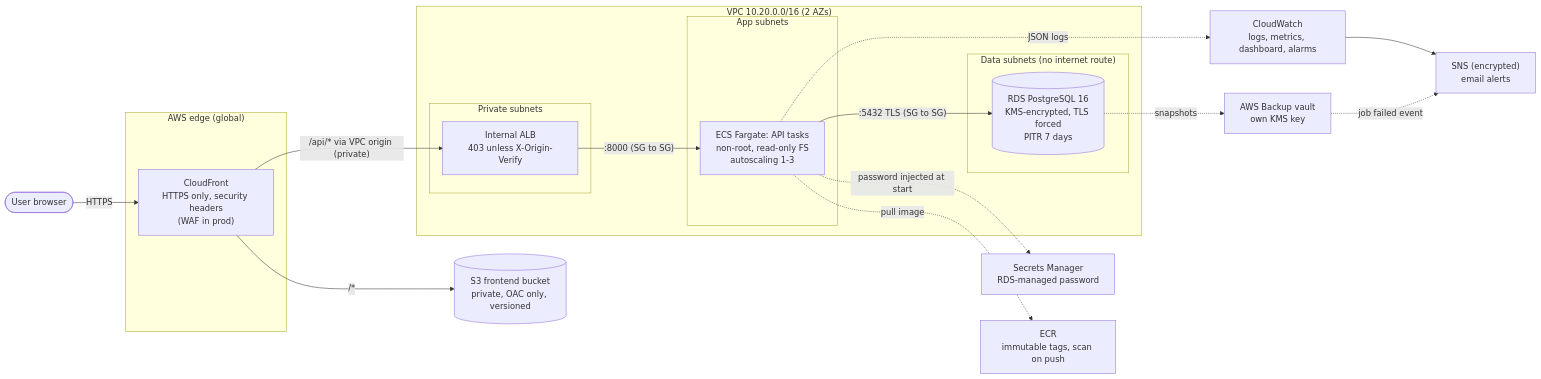
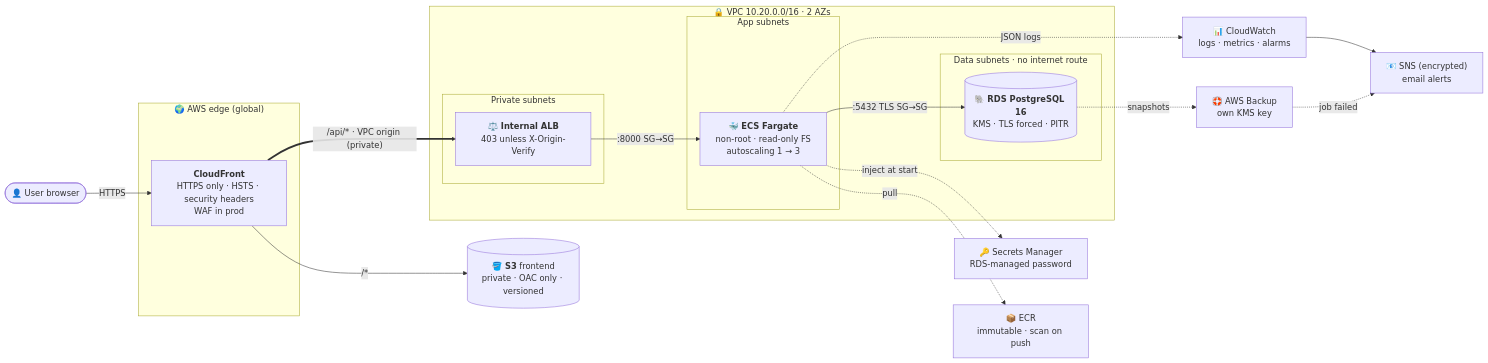
Before and after one commit to moe-s98/cloud-devops-assessment: the first of 3 diagrams in README.md, drawn with Mermaid. The commit also changed other lines of this file, not shown here.

Commit message:
Expand README: rationale per decision, requirements map, diagrams, styled layout

````diff
--- a/README.md
+++ b/README.md
@@ -22,40 +111,40 @@
 ```mermaid
 flowchart LR
-    user([User browser])
+    user([👤 User browser])
 
-    subgraph edge["AWS edge (global)"]
-        cf["CloudFront<br/>HTTPS only, security headers<br/>(WAF in prod)"]
+    subgraph edge["🌍 AWS edge (global)"]
+        cf["<b>CloudFront</b><br/>HTTPS only · HSTS · security headers<br/>WAF in prod"]
     end
 
-    s3[("S3 frontend bucket<br/>private, OAC only, versioned")]
+    s3[("🪣 <b>S3</b> frontend<br/>private · OAC only · versioned")]
 
-    subgraph vpc["VPC 10.20.0.0/16 (2 AZs)"]
+    subgraph vpc["🔒 VPC 10.20.0.0/16 · 2 AZs"]
         subgraph priv["Private subnets"]
-            alb["Internal ALB<br/>403 unless X-Origin-Verify"]
+            alb["⚖️ <b>Internal ALB</b><br/>403 unless X-Origin-Verify"]
         end
-        subgraph pub["App subnets"]
-            ecs["ECS Fargate: API tasks<br/>non-root, read-only FS<br/>autoscaling 1-3"]
+        subgraph app["App subnets"]
+            ecs["🐳 <b>ECS Fargate</b><br/>non-root · read-only FS<br/>autoscaling 1 → 3"]
         end
-        subgraph data["Data subnets (no internet route)"]
-            rds[("RDS PostgreSQL 16<br/>KMS-encrypted, TLS forced<br/>PITR 7 days")]
+        subgraph data["Data subnets · no internet route"]
+            rds[("🐘 <b>RDS PostgreSQL 16</b><br/>KMS · TLS forced · PITR")]
         end
     end
 
-    sm["Secrets Manager<br/>RDS-managed password"]
-    ecr["ECR<br/>immutable tags, scan on push"]
-    cw["CloudWatch<br/>logs, metrics, dashboard, alarms"]
-    sns["SNS (encrypted)<br/>email alerts"]
-    bk["AWS Backup vault<br/>own KMS key"]
+    sm["🔑 Secrets Manager<br/>RDS-managed password"]
+    ecr["📦 ECR<br/>immutable · scan on push"]
+    cw["📊 CloudWatch<br/>logs · metrics · alarms"]
+    sns["📧 SNS (encrypted)<br/>email alerts"]
+    bk["🛟 AWS Backup<br/>own KMS key"]
 
     user -->|HTTPS| cf
     cf -->|"/*"| s3
-    cf -->|"/api/* via VPC origin (private)"| alb
-    alb -->|":8000 (SG to SG)"| ecs
-    ecs -->|":5432 TLS (SG to SG)"| rds
-    ecs -. pull image .-> ecr
-    ecs -. password injected at start .-> sm
-    ecs -. JSON logs .-> cw
-    rds -. snapshots .-> bk
+    cf ==>|"/api/* · VPC origin (private)"| alb
+    alb -->|":8000 SG→SG"| ecs
+    ecs -->|":5432 TLS SG→SG"| rds
+    ecs -.->|pull| ecr
+    ecs -.->|inject at start| sm
+    ecs -.->|JSON logs| cw
+    rds -.->|snapshots| bk
     cw --> sns
-    bk -. job failed event .-> sns
+    bk -.->|job failed| sns
 ```
````
